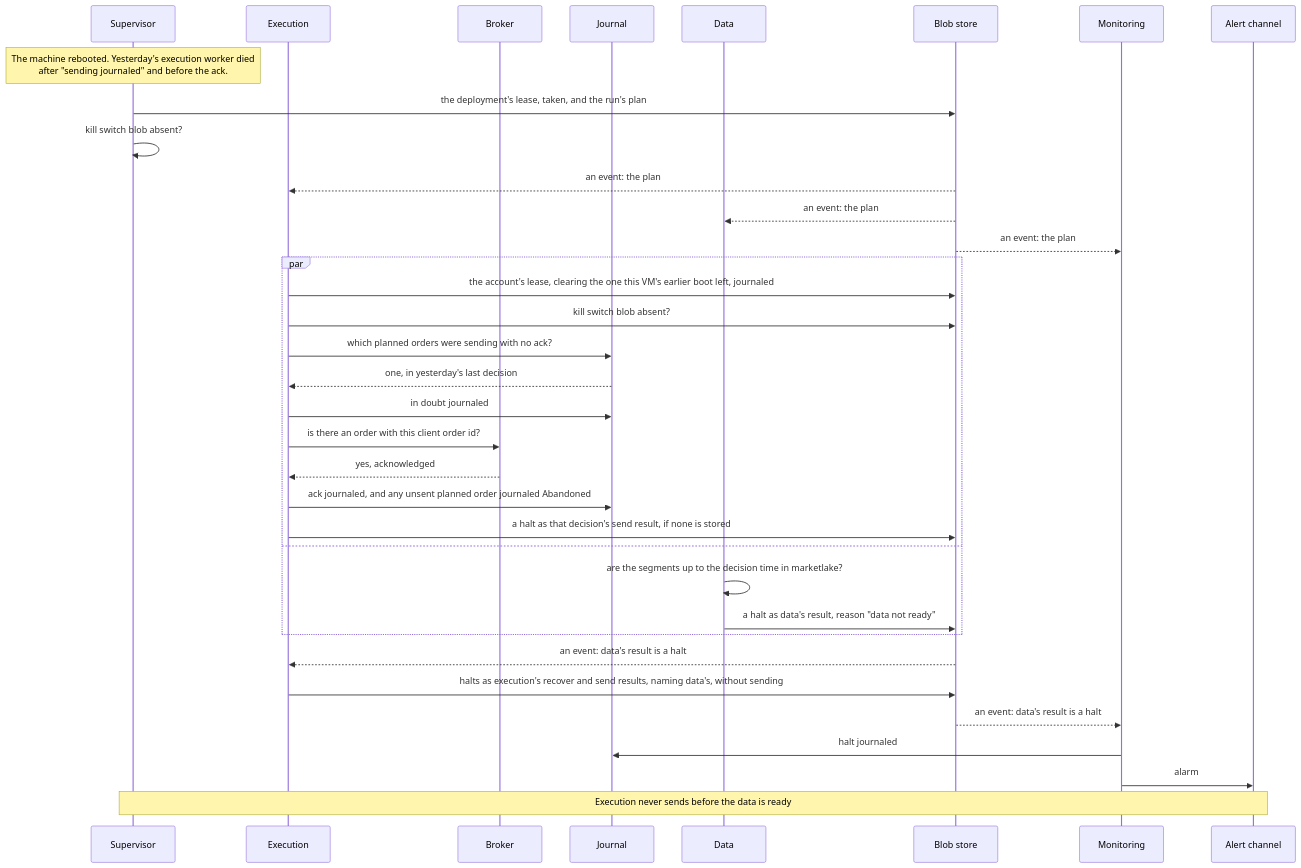
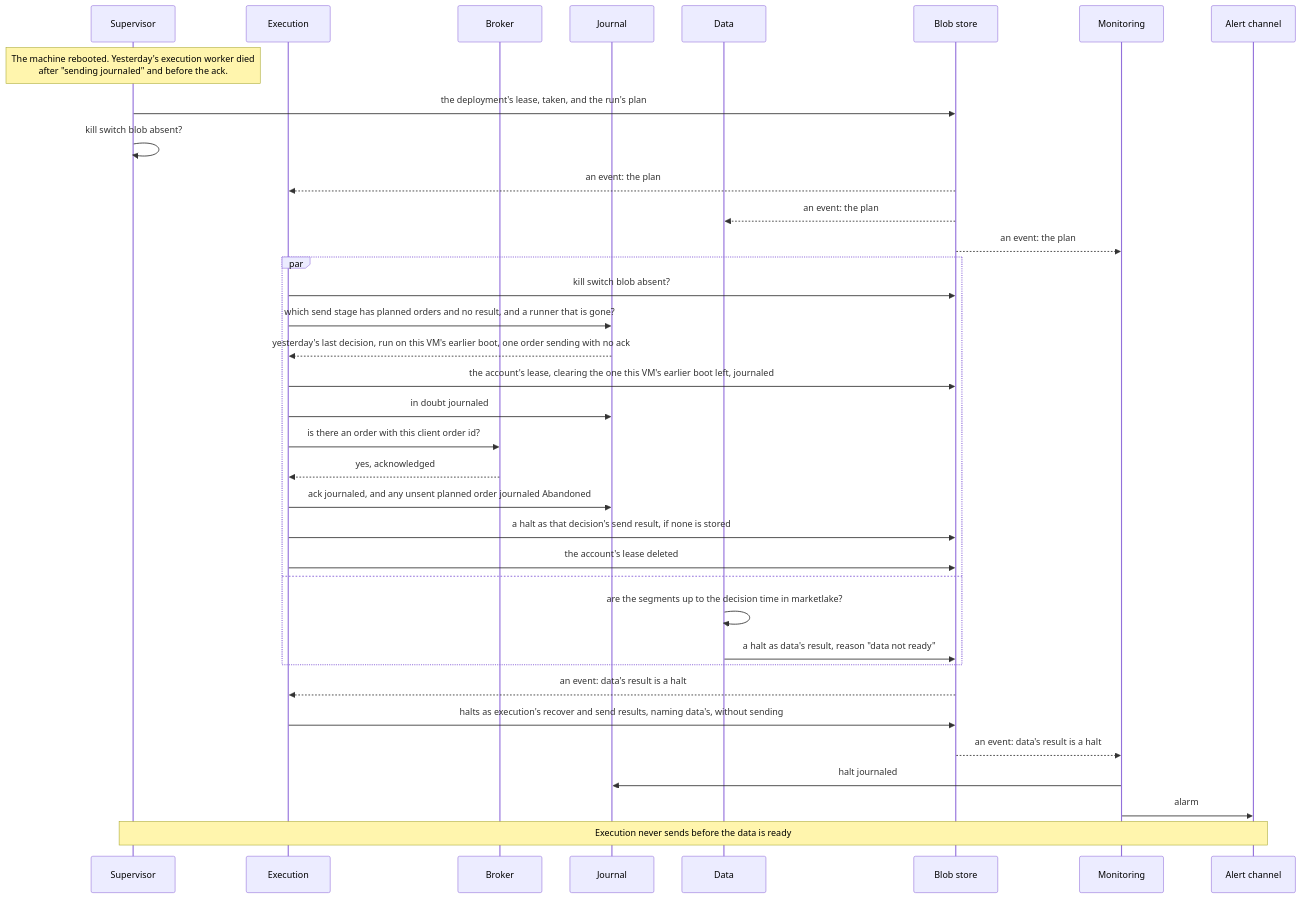
The sixth of 16 diagrams in docs/architecture.md (l3a0/ithildin-runtime), drawn with Mermaid before and after one commit. The commit also changed other lines of this file and 1 other file, not shown here.

First line of the commit message:
docs: execution instances compete for the queue and hold the account's lease briefly

````diff
--- a/docs/architecture.md
+++ b/docs/architecture.md
@@ -731,38 +734,39 @@
 ```mermaid
 sequenceDiagram
     participant V as Supervisor
     participant X as Execution
     participant B as Broker
     participant J as Journal
     participant D as Data
     participant F as Blob store
     participant M as Monitoring
     participant L as Alert channel
 
     Note over V: The machine rebooted. Yesterday's execution worker died<br/>after "sending journaled" and before the ack.
     V->>F: the deployment's lease, taken, and the run's plan
     V->>V: kill switch blob absent?
     F-->>X: an event: the plan
     F-->>D: an event: the plan
     F-->>M: an event: the plan
     par
+        X->>F: kill switch blob absent?
+        X->>J: which send stage has planned orders and no result, and a runner that is gone?
+        J-->>X: yesterday's last decision, run on this VM's earlier boot, one order sending with no ack
         X->>F: the account's lease, clearing the one this VM's earlier boot left, journaled
-        X->>F: kill switch blob absent?
-        X->>J: which planned orders were sending with no ack?
-        J-->>X: one, in yesterday's last decision
         X->>J: in doubt journaled
         X->>B: is there an order with this client order id?
         B-->>X: yes, acknowledged
         X->>J: ack journaled, and any unsent planned order journaled Abandoned
         X->>F: a halt as that decision's send result, if none is stored
+        X->>F: the account's lease deleted
     and
         D->>D: are the segments up to the decision time in marketlake?
         D->>F: a halt as data's result, reason "data not ready"
     end
     F-->>X: an event: data's result is a halt
     X->>F: halts as execution's recover and send results, naming data's, without sending
     F-->>M: an event: data's result is a halt
     M->>J: halt journaled
     M->>L: alarm
     Note over V,L: Execution never sends before the data is ready
 ```
````
